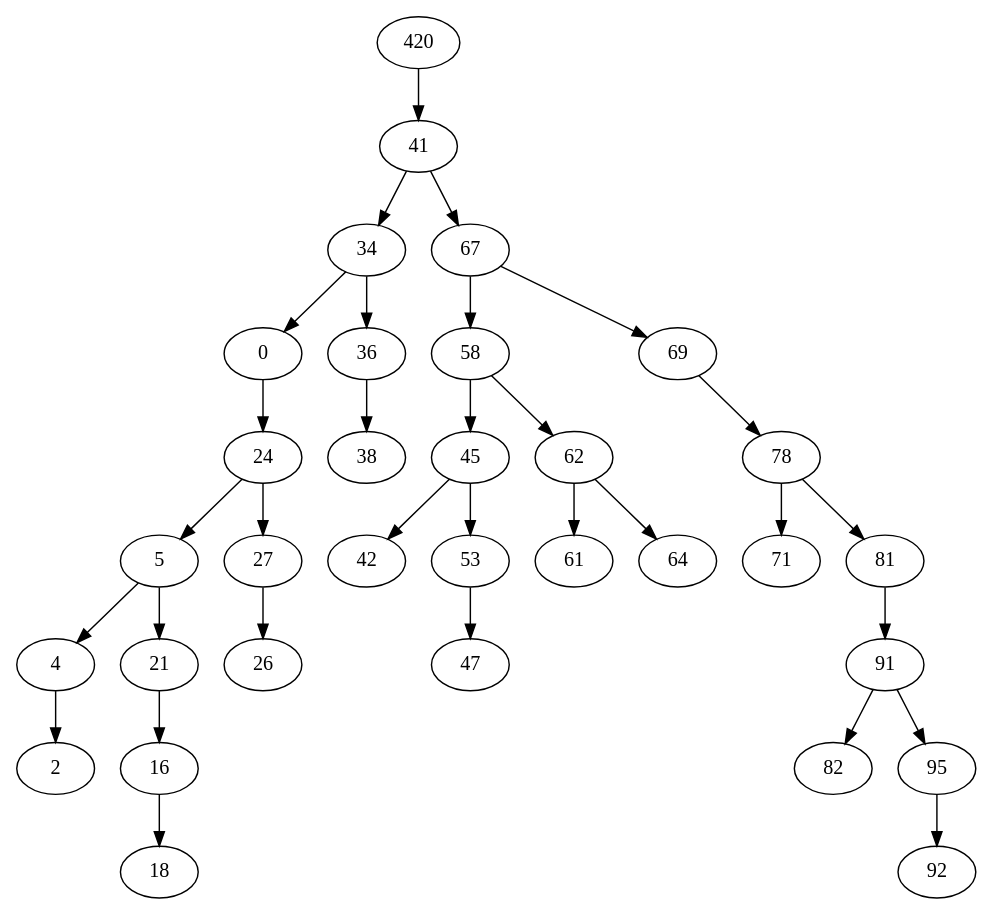
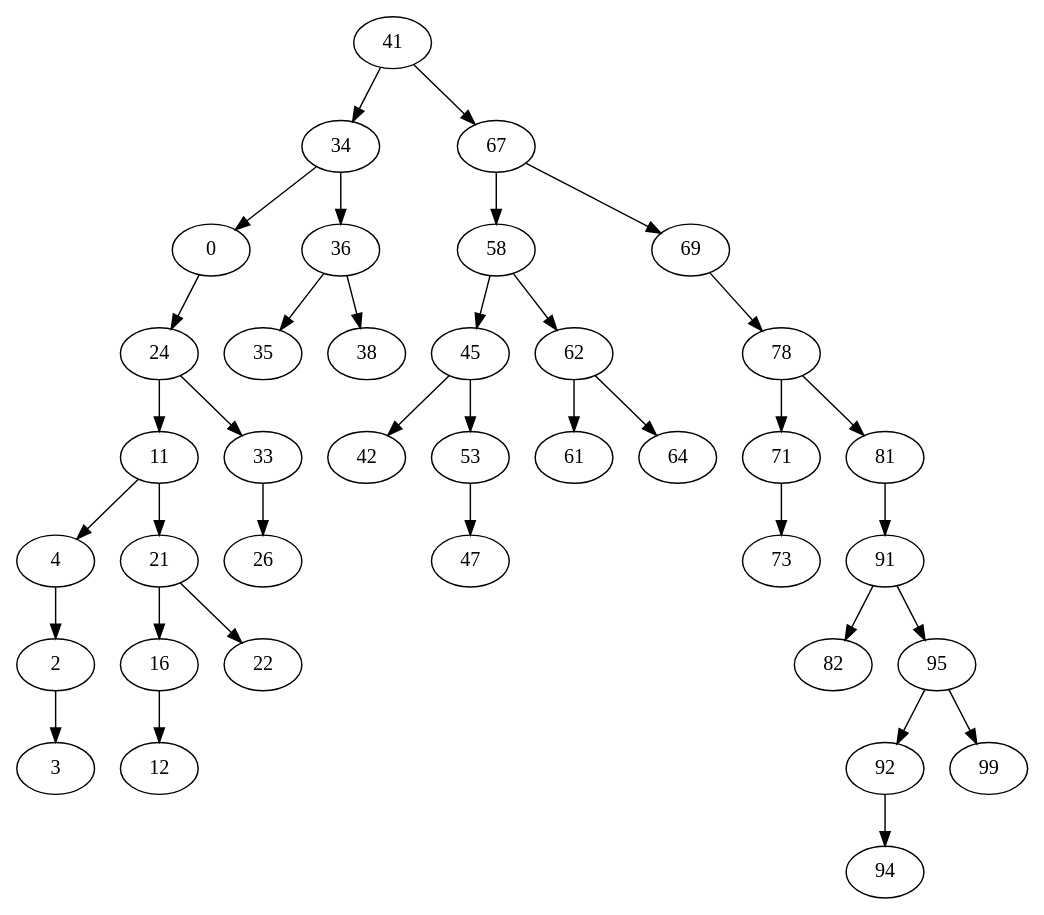
One commit to Code-Nycticebus/c-exercises changed the diagram in tree/tree.dot. Above: the diagram before and after it, drawn with Graphviz. The commit also changed 1 other file, not shown here.

```diff
--- a/tree/tree.dot
+++ b/tree/tree.dot
@@ -1,44 +1,52 @@
 digraph Tree {
-	420 -> 41
 	41 -> 34
 	34 -> 0
 	0 -> 24
-	24 -> 5
-	5 -> 4
+	24 -> 11
+	11 -> 4
 	4 -> 2
-	2
-	5 -> 21
+	2 -> 3
+	3
+	11 -> 21
 	21 -> 16
-	16 -> 18
-	18
-	24 -> 27
-	27 -> 26
+	16 -> 12
+	12
+	21 -> 22
+	22
+	24 -> 33
+	33 -> 26
 	26
 	34 -> 36
+	36 -> 35
+	35
 	36 -> 38
 	38
 	41 -> 67
 	67 -> 58
 	58 -> 45
 	45 -> 42
 	42
 	45 -> 53
 	53 -> 47
 	47
 	58 -> 62
 	62 -> 61
 	61
 	62 -> 64
 	64
 	67 -> 69
 	69 -> 78
 	78 -> 71
-	71
+	71 -> 73
+	73
 	78 -> 81
 	81 -> 91
 	91 -> 82
 	82
 	91 -> 95
 	95 -> 92
-	92
+	92 -> 94
+	94
+	95 -> 99
+	99
 }
```
